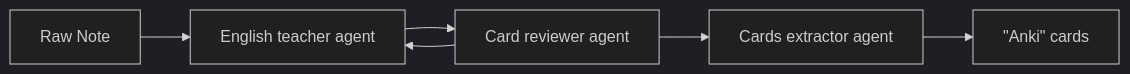
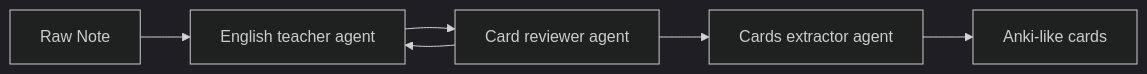
One commit to V0v1kkk/EnglishFlashcardGenerator changed the diagram in README.md. Above: the diagram before and after it, drawn with Mermaid (dark theme). The commit also changed other lines of this file, not shown here.

````diff
--- a/README.md
+++ b/README.md
@@ -9,15 +9,15 @@
 ```mermaid
 flowchart LR
 
     RawNote[Raw Note]
     TeacherAgent[English teacher agent]
     ReviewerAgent[Card reviewer agent]
     ExtractorAgent[Cards extractor agent]
-    Cards[&quotAnki&quot cards]
+    Cards[Anki-like cards]
 
     RawNote --> TeacherAgent
     TeacherAgent --> ReviewerAgent
     ReviewerAgent --> TeacherAgent
     ReviewerAgent --> ExtractorAgent
     ExtractorAgent --> Cards
 ```
````
